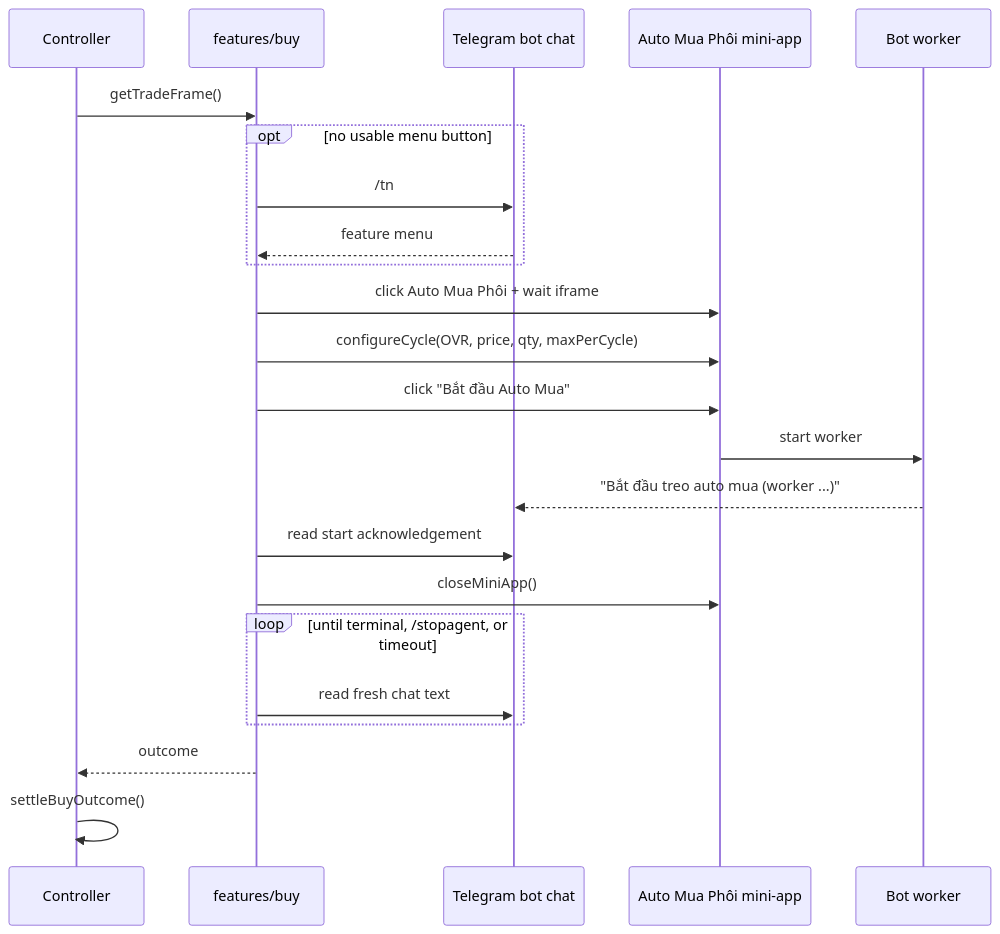
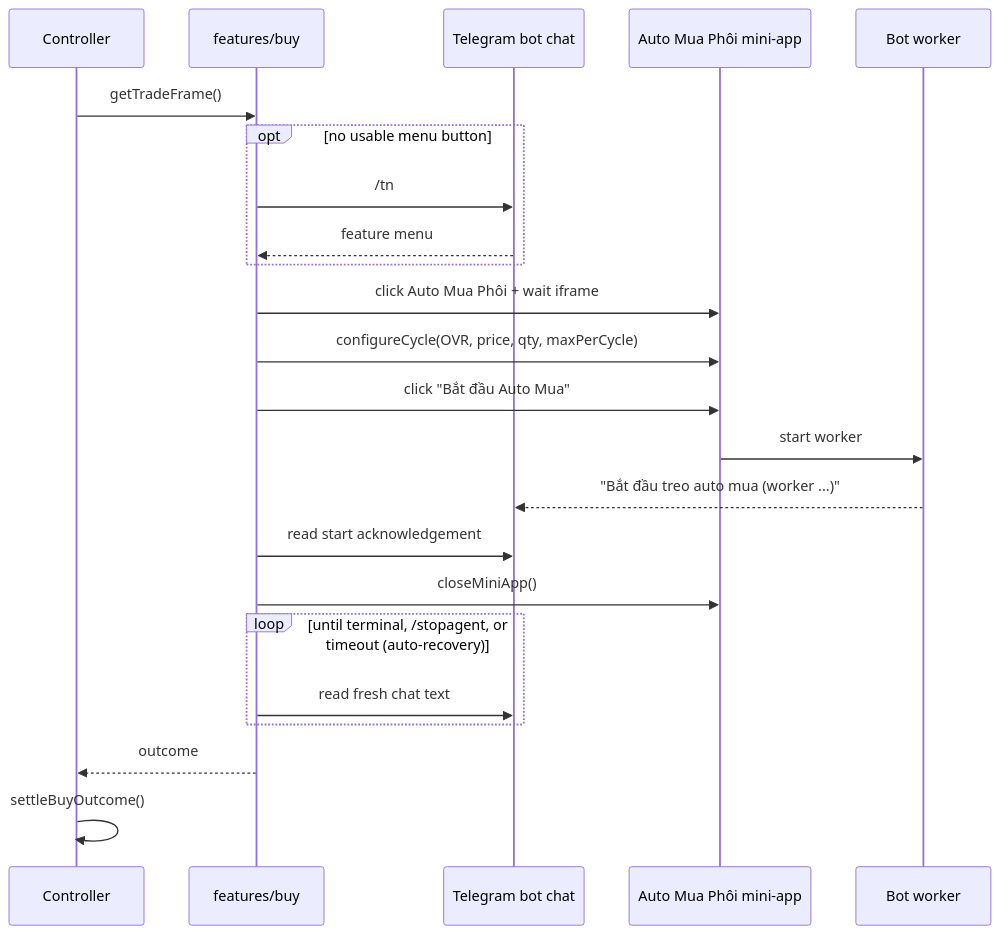
The first of 2 diagrams in docs/buy-workflow.md (NgoNguyenVu/FO4-Agent), drawn with Mermaid before and after one commit. The commit also changed other lines of this file and 10 other files, not shown here.

````diff
--- a/docs/buy-workflow.md
+++ b/docs/buy-workflow.md
@@ -36,26 +36,26 @@
 ```mermaid
 sequenceDiagram
   participant C as Controller
   participant B as features/buy
   participant T as Telegram bot chat
   participant M as Auto Mua Phôi mini-app
   participant W as Bot worker
 
   C->>B: getTradeFrame()
   opt no usable menu button
     B->>T: /tn
     T-->>B: feature menu
   end
   B->>M: click Auto Mua Phôi + wait iframe
   B->>M: configureCycle(OVR, price, qty, maxPerCycle)
   B->>M: click "Bắt đầu Auto Mua"
   M->>W: start worker
   W-->>T: "Bắt đầu treo auto mua (worker ...)"
   B->>T: read start acknowledgement
   B->>M: closeMiniApp()
-  loop until terminal, /stopagent, or timeout
+  loop until terminal, /stopagent, or timeout (auto-recovery)
     B->>T: read fresh chat text
   end
   B-->>C: outcome
   C->>C: settleBuyOutcome()
 ```
````
